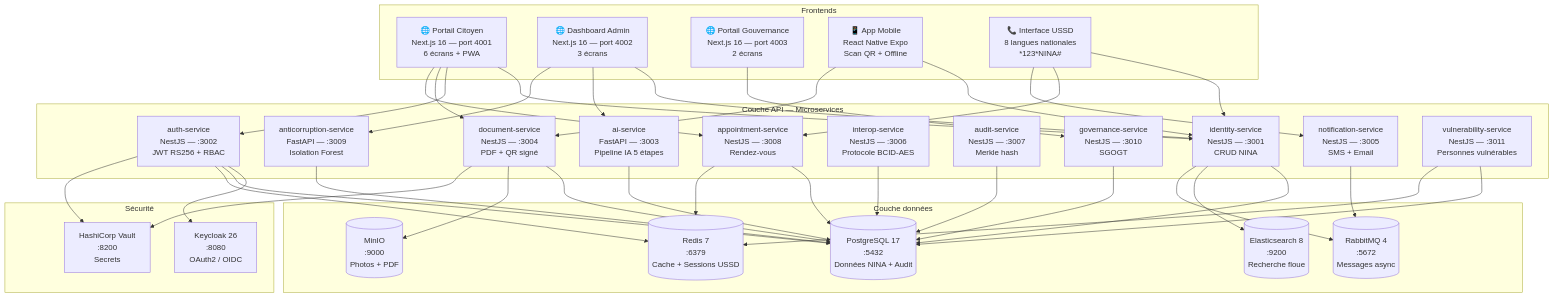
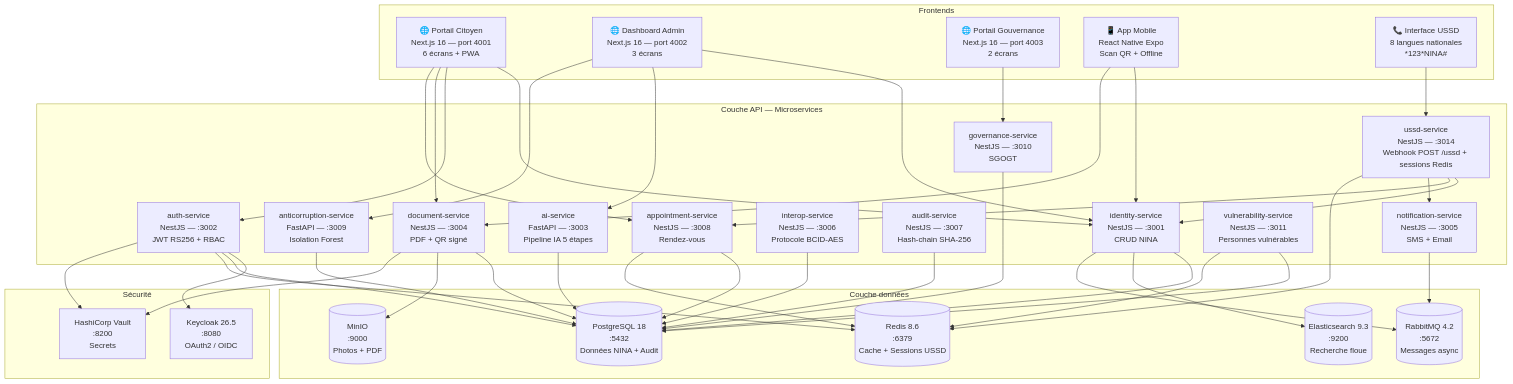
Before and after one commit to TheManInPink/Session-Ete-2026: the second of 13 diagrams in docs/02-ARCHITECTURE-GLOBALE.md, drawn with Mermaid. The commit also changed other lines of this file and 7 other files, not shown here.

````diff
--- a/docs/02-ARCHITECTURE-GLOBALE.md
+++ b/docs/02-ARCHITECTURE-GLOBALE.md
@@ -127,74 +154,77 @@
 ```mermaid
 graph TB
     subgraph "Frontends"
         FE_CIT["🌐 Portail Citoyen<br/>Next.js 16 — port 4001<br/>6 écrans + PWA"]
         FE_ADM["🌐 Dashboard Admin<br/>Next.js 16 — port 4002<br/>3 écrans"]
         FE_GOV["🌐 Portail Gouvernance<br/>Next.js 16 — port 4003<br/>2 écrans"]
         FE_MOB["📱 App Mobile<br/>React Native Expo<br/>Scan QR + Offline"]
         FE_USSD["📞 Interface USSD<br/>8 langues nationales<br/>*123*NINA#"]
     end
 
     subgraph "Couche API — Microservices"
         SVC_ID["identity-service<br/>NestJS — :3001<br/>CRUD NINA"]
         SVC_AUTH["auth-service<br/>NestJS — :3002<br/>JWT RS256 + RBAC"]
         SVC_AI["ai-service<br/>FastAPI — :3003<br/>Pipeline IA 5 étapes"]
         SVC_DOC["document-service<br/>NestJS — :3004<br/>PDF + QR signé"]
         SVC_NOTIF["notification-service<br/>NestJS — :3005<br/>SMS + Email"]
         SVC_INTER["interop-service<br/>NestJS — :3006<br/>Protocole BCID-AES"]
-        SVC_AUDIT["audit-service<br/>NestJS — :3007<br/>Merkle hash"]
+        SVC_AUDIT["audit-service<br/>NestJS — :3007<br/>Hash-chain SHA-256"]
         SVC_RDV["appointment-service<br/>NestJS — :3008<br/>Rendez-vous"]
         SVC_SIGAC["anticorruption-service<br/>FastAPI — :3009<br/>Isolation Forest"]
         SVC_GOUV["governance-service<br/>NestJS — :3010<br/>SGOGT"]
         SVC_VULN["vulnerability-service<br/>NestJS — :3011<br/>Personnes vulnérables"]
+        SVC_USSD["ussd-service<br/>NestJS — :3014<br/>Webhook POST /ussd + sessions Redis"]
     end
 
     subgraph "Couche données"
-        PG[("PostgreSQL 17<br/>:5432<br/>Données NINA + Audit")]
-        RD[("Redis 7<br/>:6379<br/>Cache + Sessions USSD")]
-        ES[("Elasticsearch 8<br/>:9200<br/>Recherche floue")]
+        PG[("PostgreSQL 18<br/>:5432<br/>Données NINA + Audit")]
+        RD[("Redis 8.6<br/>:6379<br/>Cache + Sessions USSD")]
+        ES[("Elasticsearch 9.3<br/>:9200<br/>Recherche floue")]
         MIO[("MinIO<br/>:9000<br/>Photos + PDF")]
-        RMQ[("RabbitMQ 4<br/>:5672<br/>Messages async")]
+        RMQ[("RabbitMQ 4.2<br/>:5672<br/>Messages async")]
     end
 
     subgraph "Sécurité"
-        KC_SVC["Keycloak 26<br/>:8080<br/>OAuth2 / OIDC"]
+        KC_SVC["Keycloak 26.5<br/>:8080<br/>OAuth2 / OIDC"]
         VAULT["HashiCorp Vault<br/>:8200<br/>Secrets"]
     end
 
     FE_CIT --> SVC_ID
     FE_CIT --> SVC_AUTH
     FE_CIT --> SVC_DOC
     FE_CIT --> SVC_RDV
     FE_ADM --> SVC_ID
     FE_ADM --> SVC_AI
     FE_ADM --> SVC_SIGAC
     FE_GOV --> SVC_GOUV
     FE_MOB --> SVC_ID
     FE_MOB --> SVC_DOC
-    FE_USSD --> SVC_ID
-    FE_USSD --> SVC_RDV
-    FE_USSD --> SVC_NOTIF
+    FE_USSD --> SVC_USSD
+    SVC_USSD --> SVC_ID
+    SVC_USSD --> SVC_RDV
+    SVC_USSD --> SVC_NOTIF
 
     SVC_ID --> PG
     SVC_ID --> ES
     SVC_AUTH --> KC_SVC
     SVC_AUTH --> PG
     SVC_AUTH --> RD
     SVC_AI --> PG
     SVC_DOC --> PG
     SVC_DOC --> MIO
     SVC_NOTIF --> RMQ
     SVC_AUDIT --> PG
     SVC_RDV --> PG
     SVC_RDV --> RD
     SVC_SIGAC --> PG
     SVC_GOUV --> PG
     SVC_VULN --> PG
     SVC_VULN --> RD
+    SVC_USSD --> RD
 
     SVC_ID --> RMQ
     SVC_AUTH --> VAULT
     SVC_DOC --> VAULT
 
     SVC_INTER --> PG
 ```
````
